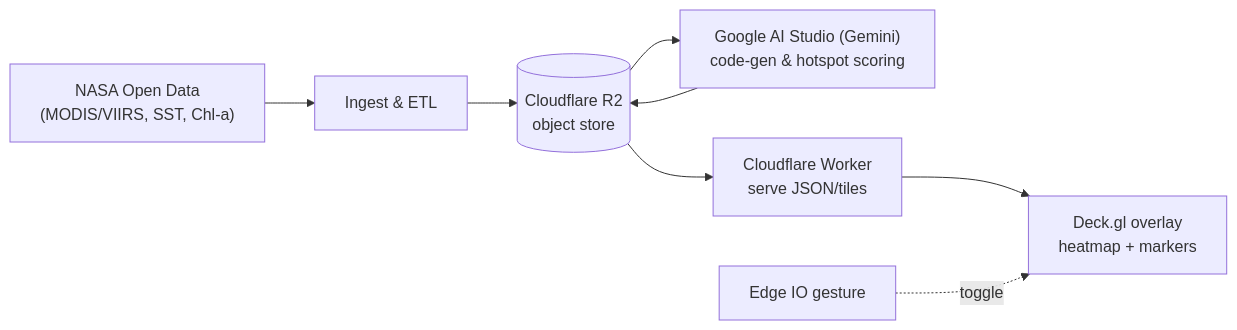
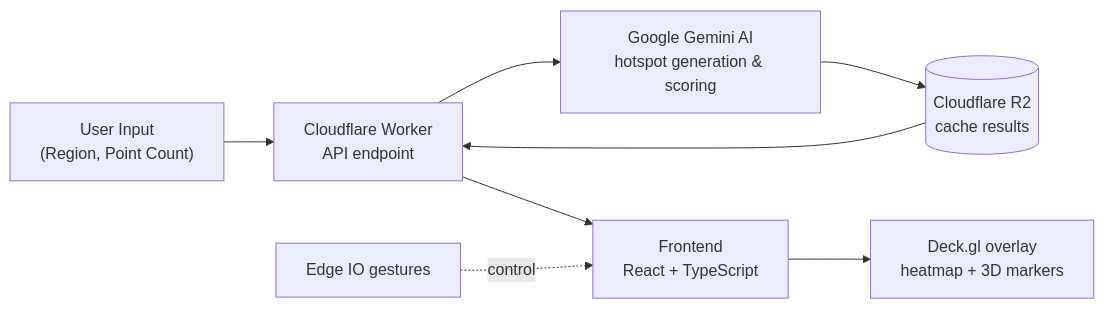
One commit to gunnchOS3k/FINDS-Sharks-From-Space changed the diagram in README.md. Above: the diagram before and after it, drawn with Mermaid. The commit also changed other lines of this file and 6 other files, not shown here.

````diff
--- a/README.md
+++ b/README.md
@@ -19,10 +19,10 @@
 ```mermaid
 flowchart LR
-  A["NASA Open Data<br/>(MODIS/VIIRS, SST, Chl-a)"] --> B["Ingest & ETL"]
-  B --> R2[(Cloudflare R2<br/>object store)]
-  R2 --> AI["Google AI Studio (Gemini)<br/>code-gen & hotspot scoring"]
-  AI --> R2
-  R2 --> W["Cloudflare Worker<br/>serve JSON/tiles"]
-  W --> O["Deck.gl overlay<br/>heatmap + markers"]
-  E["Edge IO gesture"] -.toggle.-> O
+  U["User Input<br/>(Region, Point Count)"] --> W["Cloudflare Worker<br/>API endpoint"]
+  W --> AI["Google Gemini AI<br/>hotspot generation & scoring"]
+  AI --> R2[(Cloudflare R2<br/>cache results)]
+  R2 --> W
+  W --> F["Frontend<br/>React + TypeScript"]
+  F --> D["Deck.gl overlay<br/>heatmap + 3D markers"]
+  E["Edge IO gestures"] -.control.-> F
 ```
````
